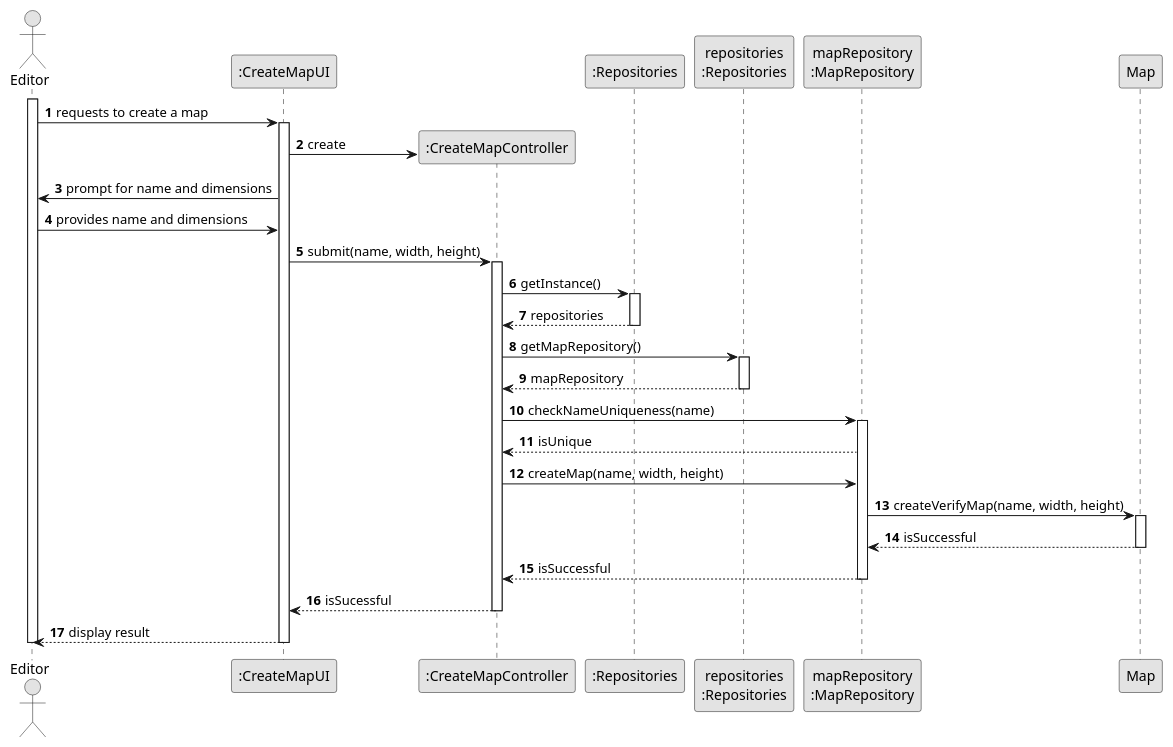
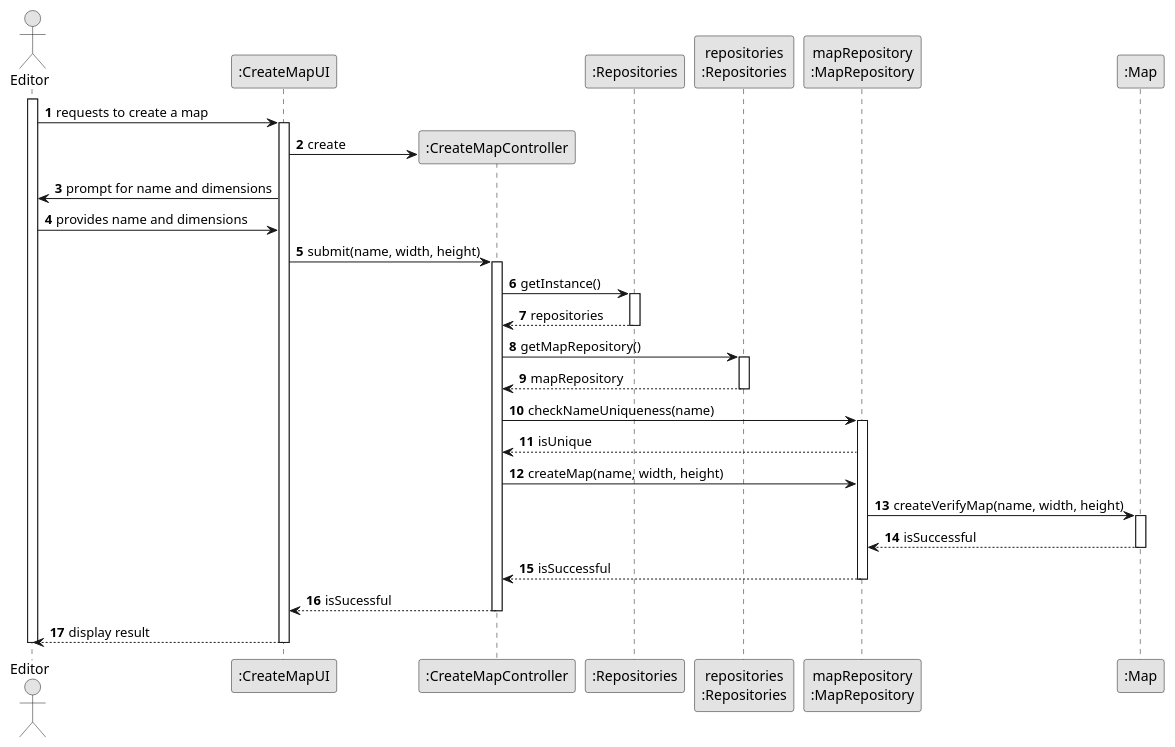
The diagram in docs/sprint2/us001/03.design/puml/us001-full-diagram.puml (ivasduarte/all-aboard), drawn with PlantUML before and after one commit.

Commit message:
US01(docs): correction of sequence diagram

```diff
--- a/docs/sprint2/us001/03.design/puml/us001-full-diagram.puml
+++ b/docs/sprint2/us001/03.design/puml/us001-full-diagram.puml
@@ -1,62 +1,62 @@
 @startuml
 skinparam monochrome true
 skinparam packageStyle rectangle
 skinparam shadowing false
 
 autonumber
 actor "Editor" as Editor
 participant ":CreateMapUI" as UI
 participant ":CreateMapController" as CTRL
 participant ":Repositories" as reps
 participant "repositories\n:Repositories" as PLAT
 participant "mapRepository\n:MapRepository" as Repo
-participant "Map" as Map
+participant ":Map" as Map
 
 activate Editor
 
 Editor -> UI : requests to create a map
 
 activate UI
 UI -> CTRL** : create
 
 UI -> Editor : prompt for name and dimensions
 Editor -> UI : provides name and dimensions
 UI -> CTRL : submit(name, width, height)
 
 activate CTRL
 
 CTRL -> reps : getInstance()
 activate reps
 
 reps --> CTRL : repositories
 deactivate reps
 
 CTRL -> PLAT : getMapRepository()
 activate PLAT
 
 PLAT --> CTRL: mapRepository
 deactivate PLAT
 
 CTRL -> Repo : checkNameUniqueness(name)
 activate Repo
 
 Repo --> CTRL : isUnique
 CTRL -> Repo : createMap(name, width, height)
 
 Repo -> Map : createVerifyMap(name, width, height)
 activate Map
 
 Map --> Repo: isSuccessful
 deactivate Map
 
 Repo --> CTRL : isSuccessful
 deactivate Repo
 
 CTRL --> UI : isSucessful
 deactivate CTRL
 
 UI --> Editor : display result
 deactivate UI
 deactivate Editor
 
 @enduml
```
